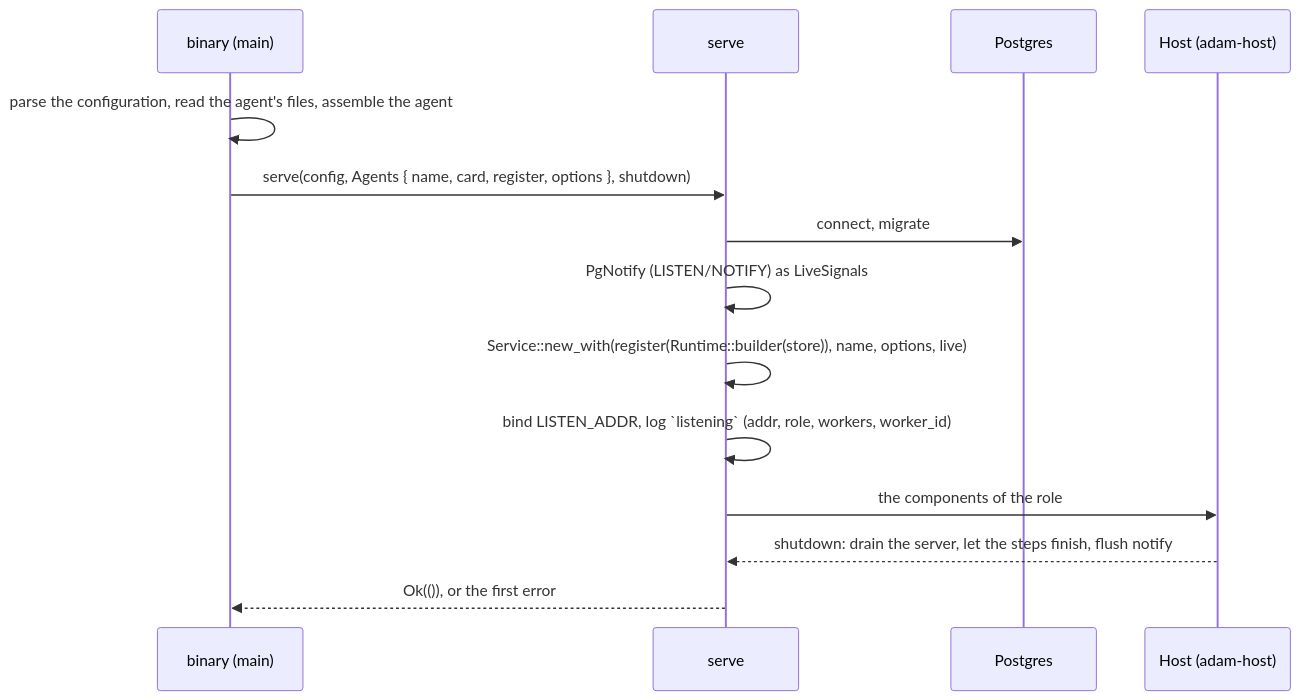
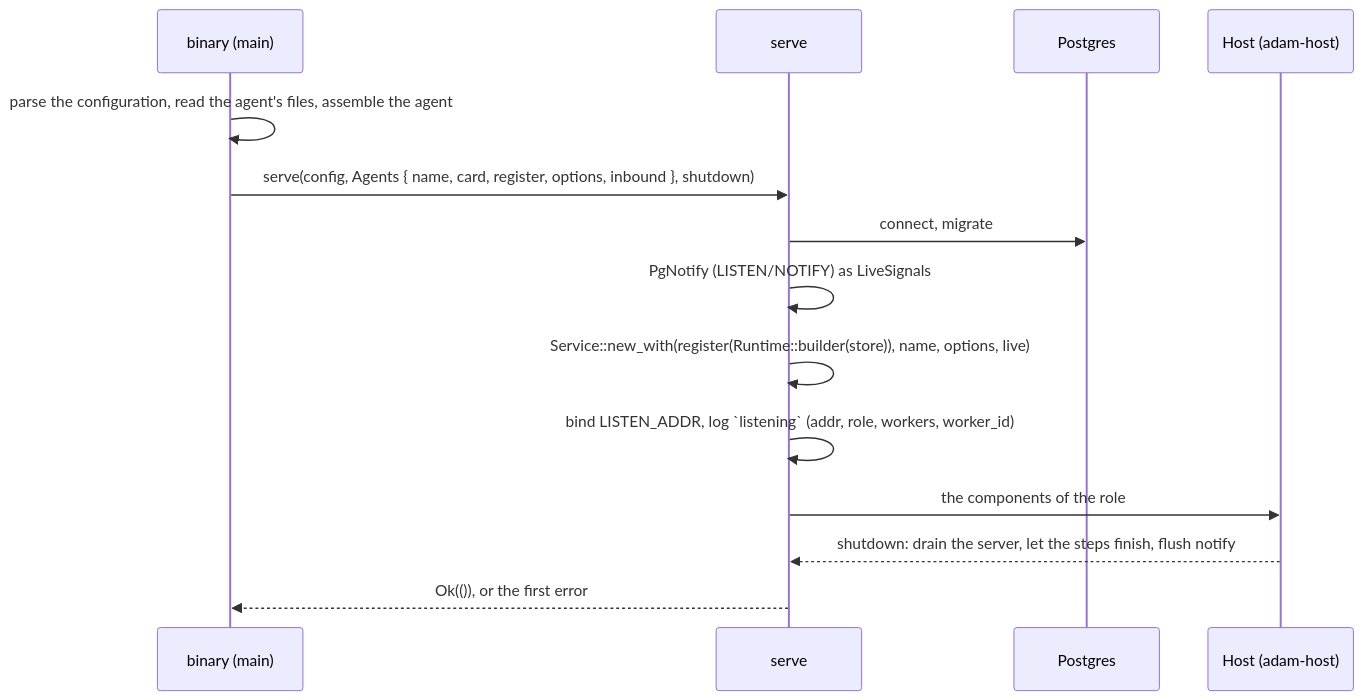
One commit to vymalo/another-adam-rs changed the second of 3 diagrams in crates/adam-service/README.md. Above: the diagram before and after it, drawn with Mermaid. The commit also changed other lines of this file and 13 other files, not shown here.

````diff
--- a/crates/adam-service/README.md
+++ b/crates/adam-service/README.md
@@ -66,16 +66,16 @@
 ```mermaid
 sequenceDiagram
   participant B as binary (main)
   participant S as serve
   participant P as Postgres
   participant H as Host (adam-host)
   B->>B: parse the configuration, read the agent's files, assemble the agent
-  B->>S: serve(config, Agents { name, card, register, options }, shutdown)
+  B->>S: serve(config, Agents { name, card, register, options, inbound }, shutdown)
   S->>P: connect, migrate
   S->>S: PgNotify (LISTEN/NOTIFY) as LiveSignals
   S->>S: Service::new_with(register(Runtime::builder(store)), name, options, live)
   S->>S: bind LISTEN_ADDR, log `listening` (addr, role, workers, worker_id)
   S->>H: the components of the role
   H-->>S: shutdown: drain the server, let the steps finish, flush notify
   S-->>B: Ok(()), or the first error
 ```
````
